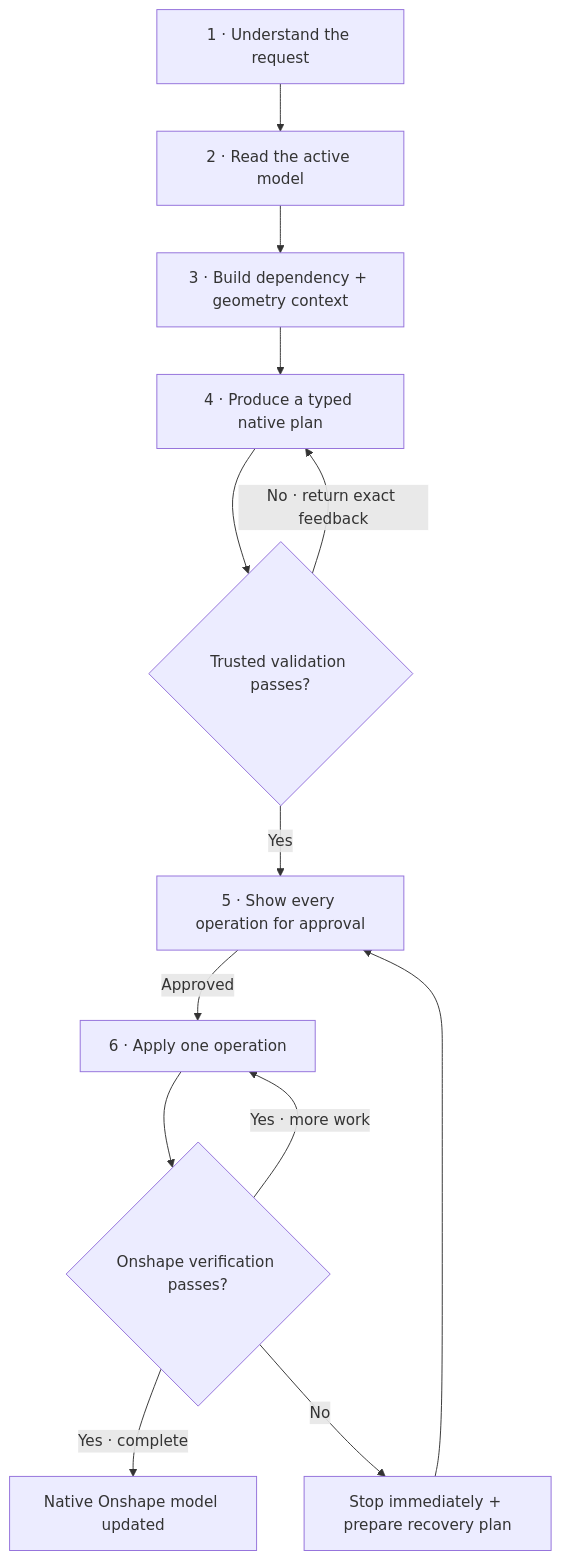
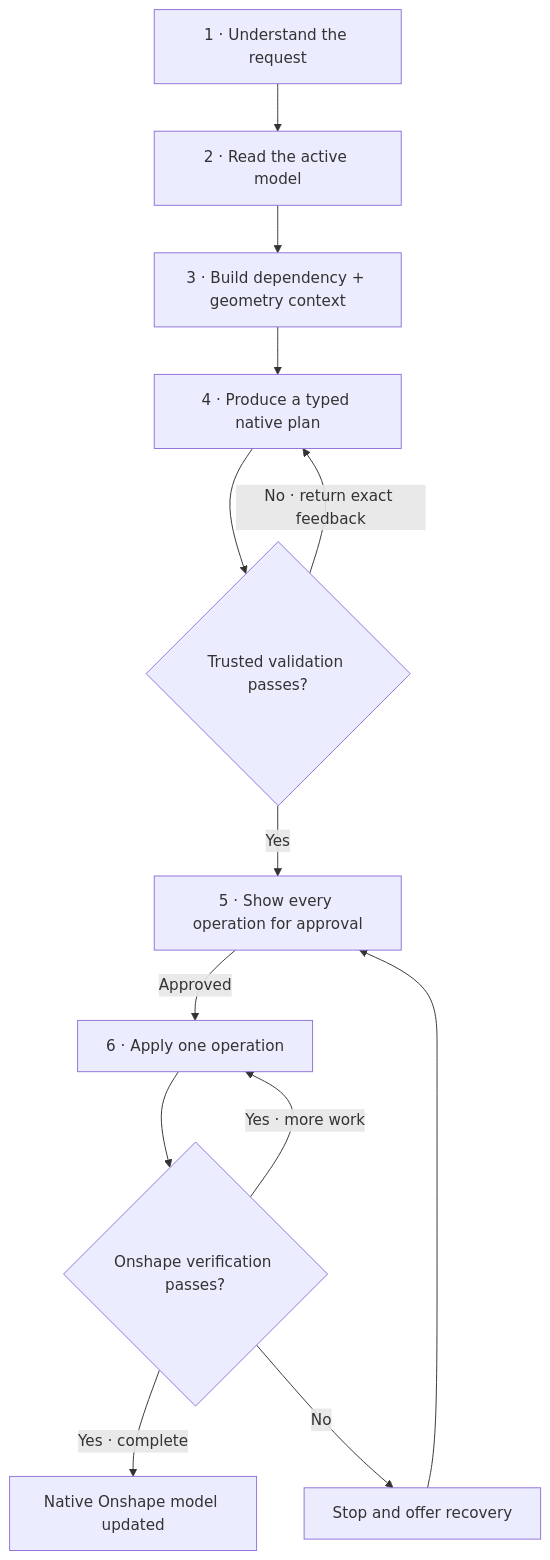
One commit to MayoWolf/MorAssistant changed the first of 2 diagrams in README.md. Above: the diagram before and after it, drawn with Mermaid. The commit also changed other lines of this file and 11 other files, not shown here.

````diff
--- a/README.md
+++ b/README.md
@@ -68,15 +68,15 @@
 ```mermaid
 flowchart TD
   U["1 · Understand the request"] --> R["2 · Read the active model"]
   R --> G["3 · Build dependency + geometry context"]
   G --> P["4 · Produce a typed native plan"]
   P --> V{"Trusted validation passes?"}
   V -->|"No · return exact feedback"| P
   V -->|"Yes"| A["5 · Show every operation for approval"]
   A -->|"Approved"| E["6 · Apply one operation"]
   E --> C{"Onshape verification passes?"}
   C -->|"Yes · more work"| E
   C -->|"Yes · complete"| D["Native Onshape model updated"]
-  C -->|"No"| S["Stop immediately + prepare recovery plan"]
+  C -->|"No"| S["Stop and offer recovery"]
   S --> A
 ```
````
